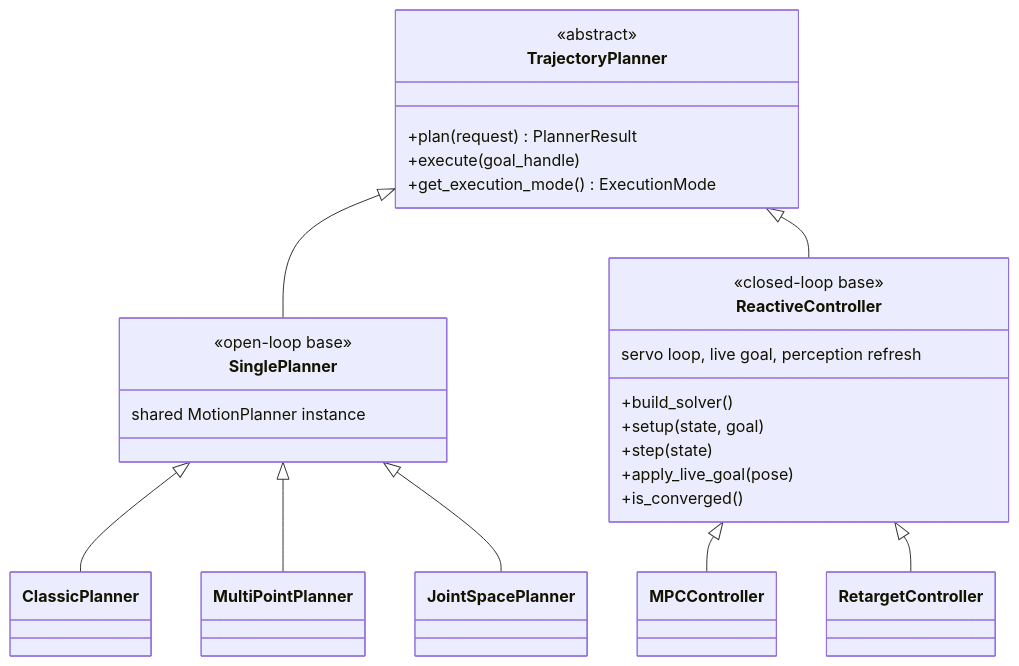
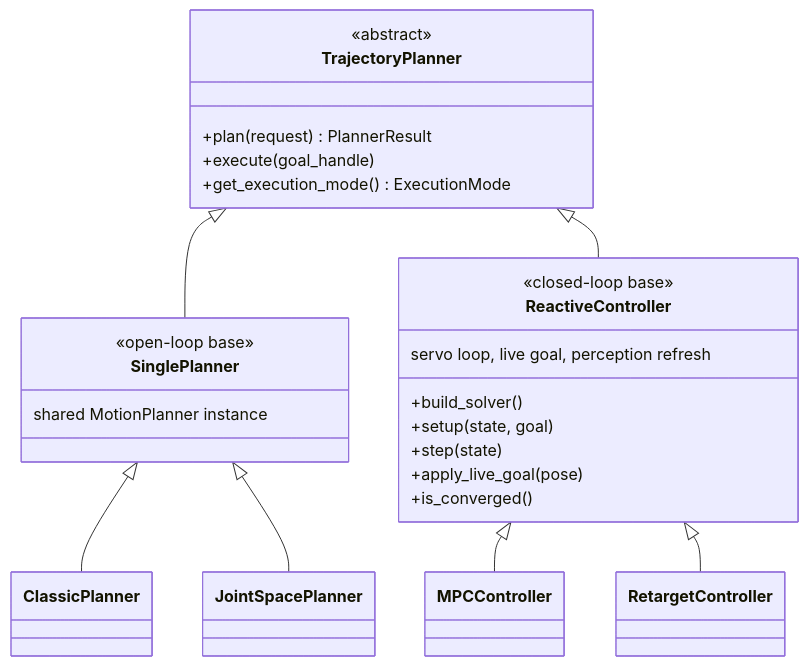
One commit to Skydeke/curobov2_ros_manipulation_pipeline changed the second of 3 diagrams in isaac_ros_cumotion/docs/concepts/architecture.md. Above: the diagram before and after it, drawn with Mermaid. The commit also changed other lines of this file and 89 other files, not shown here.

````diff
--- a/isaac_ros_cumotion/docs/concepts/architecture.md
+++ b/isaac_ros_cumotion/docs/concepts/architecture.md
@@ -54,29 +54,28 @@
 ```{mermaid}
 classDiagram
     class TrajectoryPlanner {
         <<abstract>>
         +plan(request) PlannerResult
         +execute(goal_handle)
         +get_execution_mode() ExecutionMode
     }
     class SinglePlanner {
         <<open-loop base>>
         shared MotionPlanner instance
     }
     class ReactiveController {
         <<closed-loop base>>
         servo loop, live goal, perception refresh
         +build_solver()
         +setup(state, goal)
         +step(state)
         +apply_live_goal(pose)
         +is_converged()
     }
     TrajectoryPlanner <|-- SinglePlanner
     TrajectoryPlanner <|-- ReactiveController
     SinglePlanner <|-- ClassicPlanner
-    SinglePlanner <|-- MultiPointPlanner
     SinglePlanner <|-- JointSpacePlanner
     ReactiveController <|-- MPCController
     ReactiveController <|-- RetargetController
 ```
````
